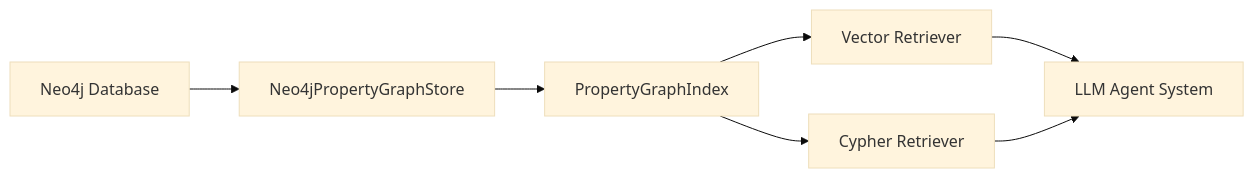
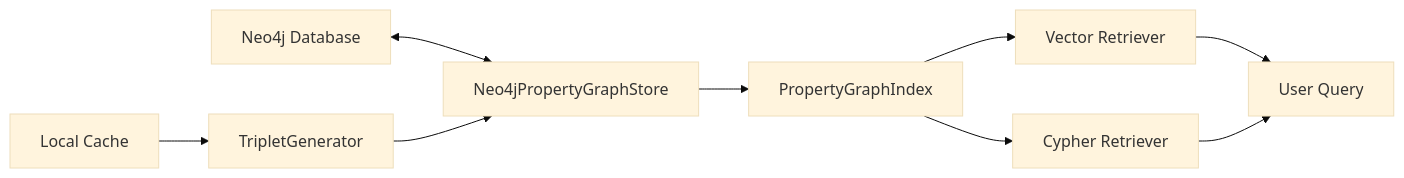
The third of 7 diagrams in DATA605/Spring2025/projects/TutorTask130_Spring2025_Enterprise-Scale_Bitcoin_Data_Knowledge_Graph_with_LlamaIndex/llamaindex.example.md (causify-ai/tutorials), drawn with Mermaid (base theme) before and after one commit. The commit also changed other lines of this file and 3 other files, not shown here.

````diff
--- a/DATA605/Spring2025/projects/TutorTask130_Spring2025_Enterprise-Scale_Bitcoin_Data_Knowledge_Graph_with_LlamaIndex/llamaindex.example.md
+++ b/DATA605/Spring2025/projects/TutorTask130_Spring2025_Enterprise-Scale_Bitcoin_Data_Knowledge_Graph_with_LlamaIndex/llamaindex.example.md
@@ -203,9 +192,10 @@
 ```mermaid
 flowchart LR
-    A[Neo4j Database] --> B[Neo4jPropertyGraphStore]
+    A[Neo4j Database] <--> B[Neo4jPropertyGraphStore]
+    G[Local Cache] --> H[TripletGenerator] -->
     B --> C[PropertyGraphIndex]
     C --> D[Vector Retriever]
     C --> E[Cypher Retriever]
-    D --> F[LLM Agent System]
+    D --> F[User Query]
     E --> F
 ```
````
